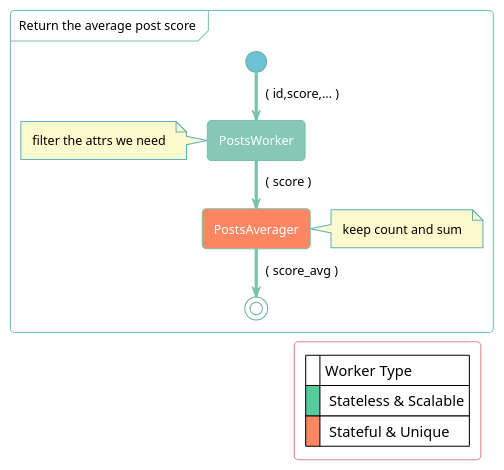
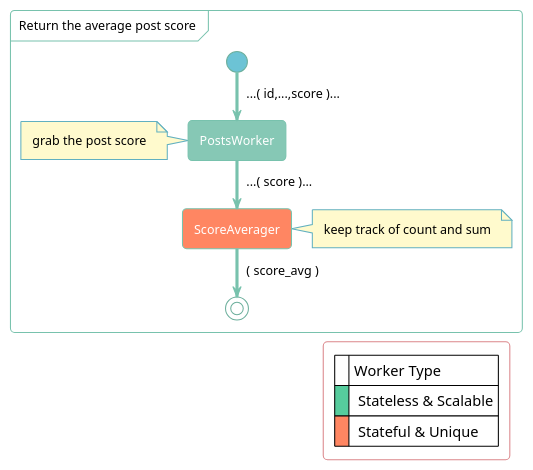
Before and after one commit to FdelMazo/7574-Distribuidos: the diagram in TP2/informe/diagrams/avgscore.puml, drawn with PlantUML. The commit also changed 23 other files, not shown here.

Commit message:
Add diagramas and lots of informe

```diff
--- a/TP2/informe/diagrams/avgscore.puml
+++ b/TP2/informe/diagrams/avgscore.puml
@@ -1,32 +1,32 @@
 @startuml
 !theme minty
 
 skinparam PartitionFontColor black
 skinparam LegendFontColor black
 skinparam ArrowFontColor black
 skinparam NoteBackgroundColor lemonchiffon
 skinparam NoteFontColor black
 skinparam backgroundColor white
 
 partition "Return the average post score" {
   start
-  -> ( id,score,... );
+  -> ...( id,...,score )...;
   :PostsWorker;
   note left
-    filter the attrs we need
+    grab the post score
   endnote
-  -> ( score );
-  #ff8662 :PostsAverager; 
+  -> ...( score )...;
+  #ff8662 :ScoreAverager; 
   note right
-    keep count and sum
+    keep track of count and sum
   endnote
   -> ( score_avg );
   stop
 
   legend bottom right
       |= |Worker Type|
       |<#56cc9d>| Stateless & Scalable|
       |<#ff8662>| Stateful & Unique|
   endlegend
 }
 @enduml
```
